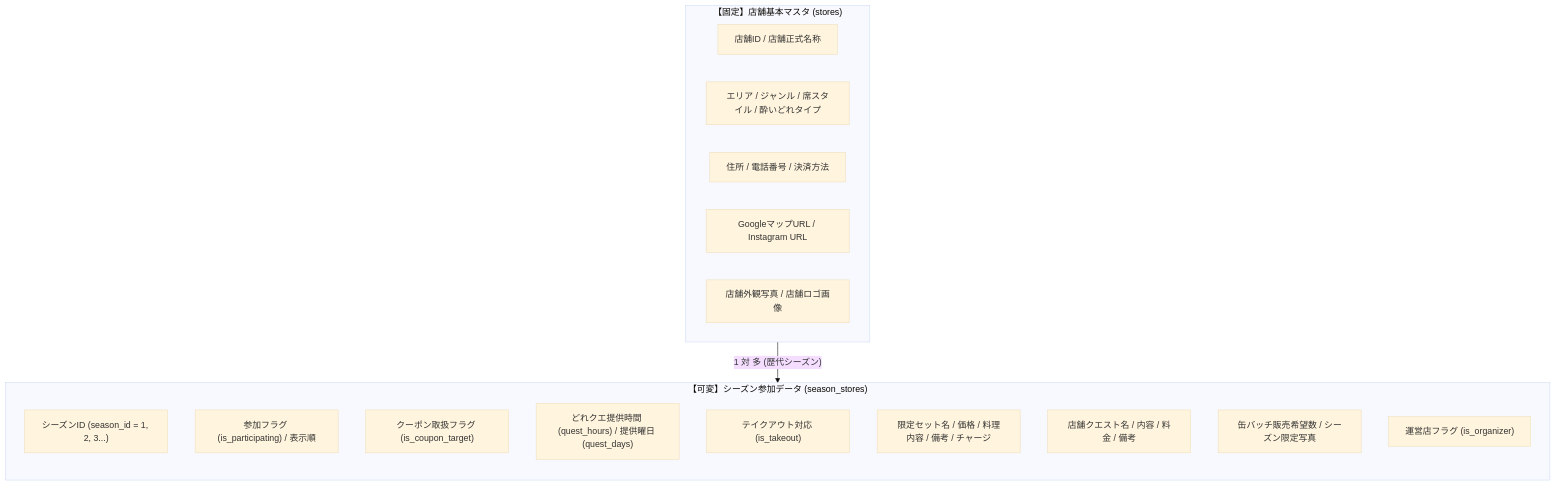
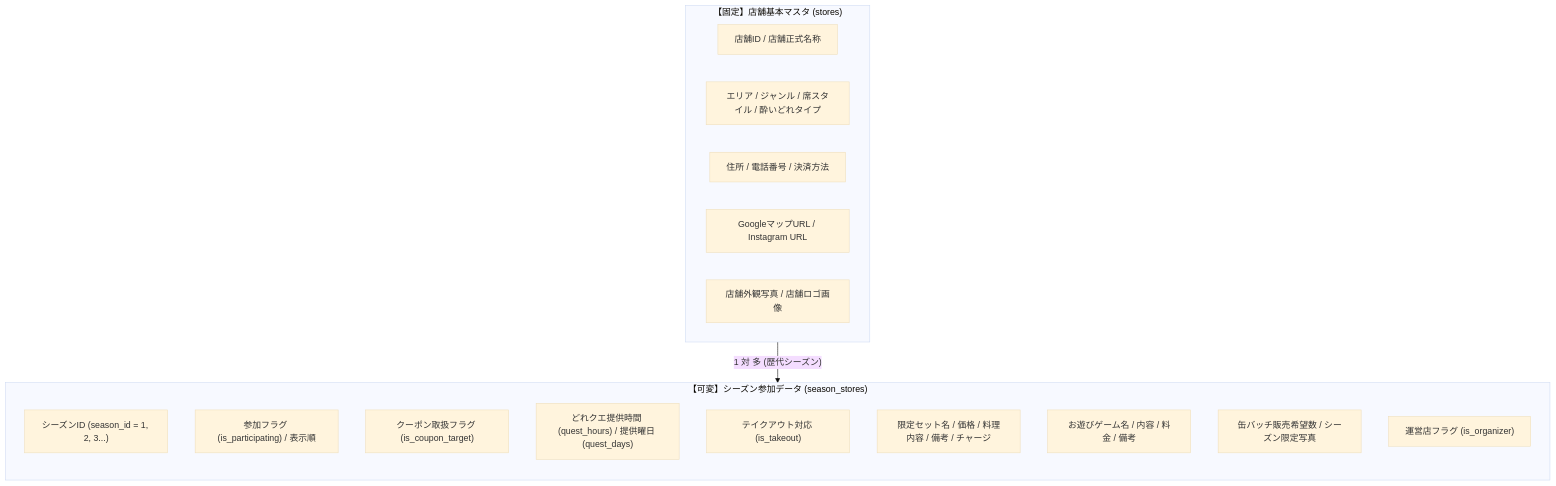
The fourth of 5 diagrams in SPECIFICATION.md (taishoyoidore-ui/yoidore-quest2), drawn with Mermaid (base theme) before and after one commit. The commit also changed other lines of this file and 6 other files, not shown here.

````diff
--- a/SPECIFICATION.md
+++ b/SPECIFICATION.md
@@ -282,25 +282,25 @@
 ```mermaid
 flowchart TD
     subgraph Layer1["【固定】店舗基本マスタ (stores)"]
         S1["店舗ID / 店舗正式名称"]
         S2["エリア / ジャンル / 席スタイル / 酔いどれタイプ"]
         S3["住所 / 電話番号 / 決済方法"]
         S4["GoogleマップURL / Instagram URL"]
         S5["店舗外観写真 / 店舗ロゴ画像"]
     end
 
     subgraph Layer2["【可変】シーズン参加データ (season_stores)"]
         direction TB
         SS1["シーズンID (season_id = 1, 2, 3...)"]
         SS2["参加フラグ (is_participating) / 表示順"]
         SS3["クーポン取扱フラグ (is_coupon_target)"]
         SS4["どれクエ提供時間 (quest_hours) / 提供曜日 (quest_days)"]
         SS5["テイクアウト対応 (is_takeout)"]
         SS6["限定セット名 / 価格 / 料理内容 / 備考 / チャージ"]
-        SS7["店舗クエスト名 / 内容 / 料金 / 備考"]
+        SS7["お遊びゲーム名 / 内容 / 料金 / 備考"]
         SS8["缶バッチ販売希望数 / シーズン限定写真"]
         SS9["運営店フラグ (is_organizer)"]
     end
 
     Layer1 -->|"1 対 多 (歴代シーズン)"| Layer2
 ```
````
